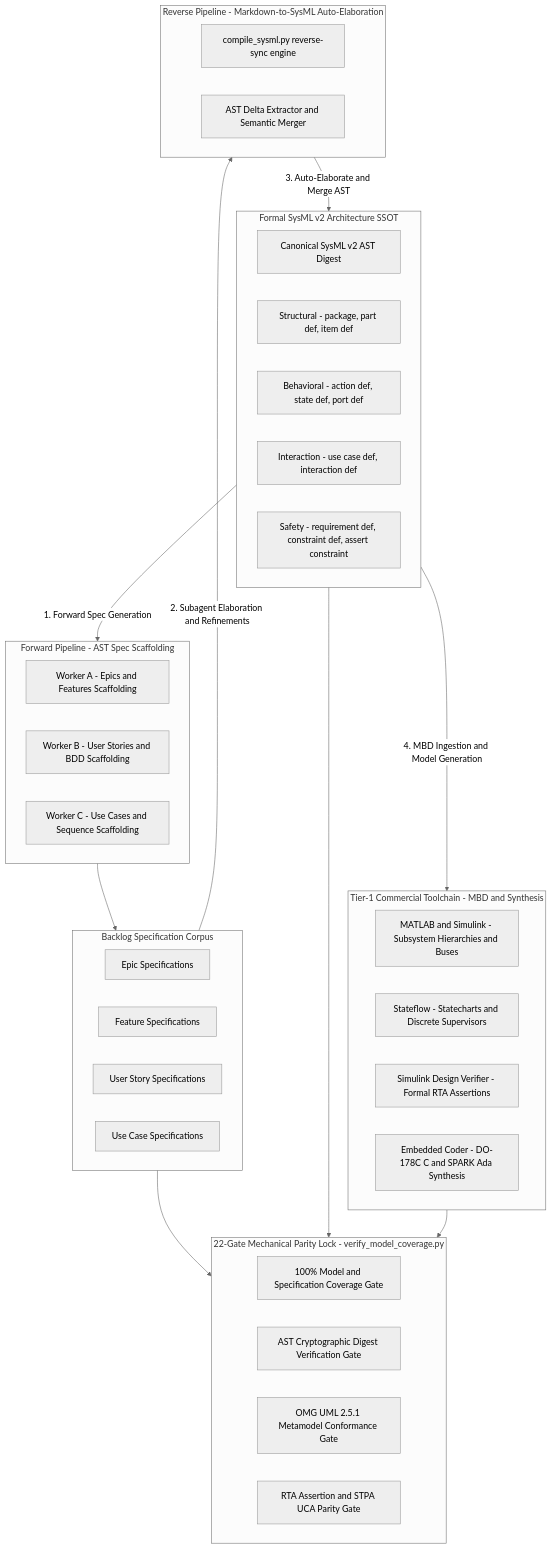
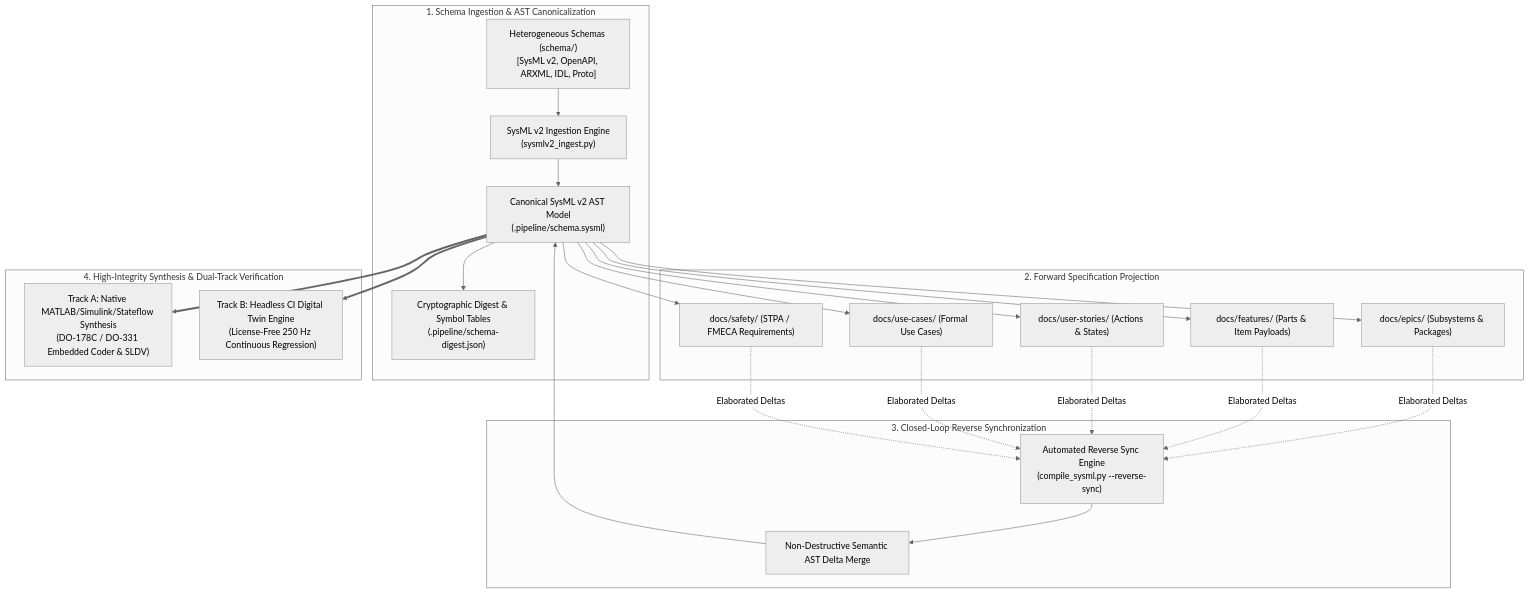
One commit to gintatkinson/DEAP-spec-core changed the first of 2 diagrams in docs/architecture/blueprints/SYSML_SSOT_BIDIRECTIONAL_SYNCHRONIZATION_ARCHITECTURE.md. Above: the diagram before and after it, drawn with Mermaid (neutral theme). The commit also changed other lines of this file and 2 other files, not shown here.

Commit message:
feat(architecture, rules): codify Dual-Track MBD Architecture & Headless CI Verification Protocol (Section 6.5)

````diff
--- a/docs/architecture/blueprints/SYSML_SSOT_BIDIRECTIONAL_SYNCHRONIZATION_ARCHITECTURE.md
+++ b/docs/architecture/blueprints/SYSML_SSOT_BIDIRECTIONAL_SYNCHRONIZATION_ARCHITECTURE.md
@@ -20,51 +18,49 @@
 ```mermaid
-flowchart TB
-    subgraph SysML_SSOT ["Formal SysML v2 Architecture SSOT"]
-        AST_Root["Canonical SysML v2 AST Digest"]
-        Pkg_Struct["Structural - package, part def, item def"]
-        Pkg_Behav["Behavioral - action def, state def, port def"]
-        Pkg_Interact["Interaction - use case def, interaction def"]
-        Pkg_Safety["Safety - requirement def, constraint def, assert constraint"]
+flowchart TD
+    subgraph Ingestion["1. Schema Ingestion & AST Canonicalization"]
+        HET_SCHEMA["Heterogeneous Schemas (schema/)\n[SysML v2, OpenAPI, ARXML, IDL, Proto]"]
+        INGEST_ENG["SysML v2 Ingestion Engine\n(sysmlv2_ingest.py)"]
+        SYSML_AST["Canonical SysML v2 AST Model\n(.pipeline/schema.sysml)"]
+        DIGEST["Cryptographic Digest & Symbol Tables\n(.pipeline/schema-digest.json)"]
     end
 
-    subgraph Forward_Pipeline ["Forward Pipeline - AST Spec Scaffolding"]
-        Fwd_A["Worker A - Epics and Features Scaffolding"]
-        Fwd_B["Worker B - User Stories and BDD Scaffolding"]
-        Fwd_C["Worker C - Use Cases and Sequence Scaffolding"]
+    subgraph Downstream["2. Forward Specification Projection"]
+        EPICS["docs/epics/ (Subsystems & Packages)"]
+        FEATS["docs/features/ (Parts & Item Payloads)"]
+        STORIES["docs/user-stories/ (Actions & States)"]
+        USECASES["docs/use-cases/ (Formal Use Cases)"]
+        SAFETY["docs/safety/ (STPA / FMECA Requirements)"]
     end
 
-    subgraph Backlog_Docs ["Backlog Specification Corpus"]
-        Doc_Epics["Epic Specifications"]
-        Doc_Features["Feature Specifications"]
-        Doc_Stories["User Story Specifications"]
-        Doc_UseCases["Use Case Specifications"]
+    subgraph ReverseSync["3. Closed-Loop Reverse Synchronization"]
+        REVERSE_ENG["Automated Reverse Sync Engine\n(compile_sysml.py --reverse-sync)"]
+        DELTA_MERGE["Non-Destructive Semantic AST Delta Merge"]
     end
 
-    subgraph Reverse_Pipeline ["Reverse Pipeline - Markdown-to-SysML Auto-Elaboration"]
-        Rev_Engine["compile_sysml.py reverse-sync engine"]
-        AST_Delta["AST Delta Extractor and Semantic Merger"]
+    subgraph DualTrack["4. High-Integrity Synthesis & Dual-Track Verification"]
+        TRACK_A["Track A: Native MATLAB/Simulink/Stateflow Synthesis\n(DO-178C / DO-331 Embedded Coder & SLDV)"]
+        TRACK_B["Track B: Headless CI Digital Twin Engine\n(License-Free 250 Hz Continuous Regression)"]
     end
 
-    subgraph Commercial_Toolchain ["Tier-1 Commercial Toolchain - MBD and Synthesis"]
-        Simulink["MATLAB and Simulink - Subsystem Hierarchies and Buses"]
-        Stateflow["Stateflow - Statecharts and Discrete Supervisors"]
-        SLDV["Simulink Design Verifier - Formal RTA Assertions"]
-        Coder["Embedded Coder - DO-178C C and SPARK Ada Synthesis"]
-    end
+    HET_SCHEMA --> INGEST_ENG
+    INGEST_ENG --> SYSML_AST
+    SYSML_AST --> DIGEST
 
-    subgraph Verification_Lock ["22-Gate Mechanical Parity Lock - verify_model_coverage.py"]
-        Gate_Cover["100% Model and Specification Coverage Gate"]
-        Gate_AST["AST Cryptographic Digest Verification Gate"]
-        Gate_UML["OMG UML 2.5.1 Metamodel Conformance Gate"]
-        Gate_Safety["RTA Assertion and STPA UCA Parity Gate"]
-    end
+    SYSML_AST --> EPICS
+    SYSML_AST --> FEATS
+    SYSML_AST --> STORIES
+    SYSML_AST --> USECASES
+    SYSML_AST --> SAFETY
 
-    SysML_SSOT -->|"1. Forward Spec Generation"| Forward_Pipeline
-    Forward_Pipeline --> Backlog_Docs
-    Backlog_Docs -->|"2. Subagent Elaboration and Refinements"| Reverse_Pipeline
-    Reverse_Pipeline -->|"3. Auto-Elaborate and Merge AST"| SysML_SSOT
-    SysML_SSOT -->|"4. MBD Ingestion and Model Generation"| Commercial_Toolchain
-    Backlog_Docs --> Verification_Lock
-    SysML_SSOT --> Verification_Lock
-    Commercial_Toolchain --> Verification_Lock
+    EPICS -.->|"Elaborated Deltas"| REVERSE_ENG
+    FEATS -.->|"Elaborated Deltas"| REVERSE_ENG
+    STORIES -.->|"Elaborated Deltas"| REVERSE_ENG
+    USECASES -.->|"Elaborated Deltas"| REVERSE_ENG
+    SAFETY -.->|"Elaborated Deltas"| REVERSE_ENG
+
+    REVERSE_ENG --> DELTA_MERGE
+    DELTA_MERGE --> SYSML_AST
+
+    SYSML_AST ==> TRACK_A
+    SYSML_AST ==> TRACK_B
 ```
````
